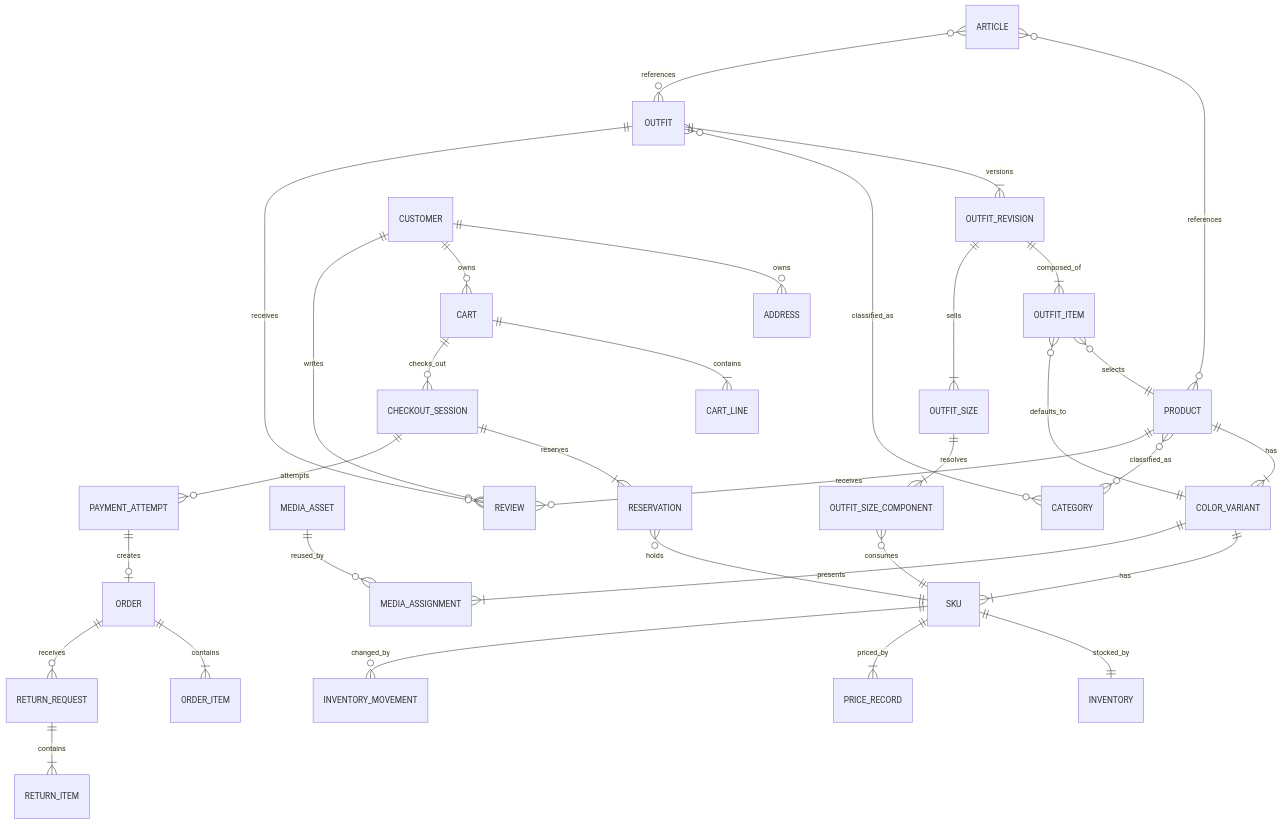
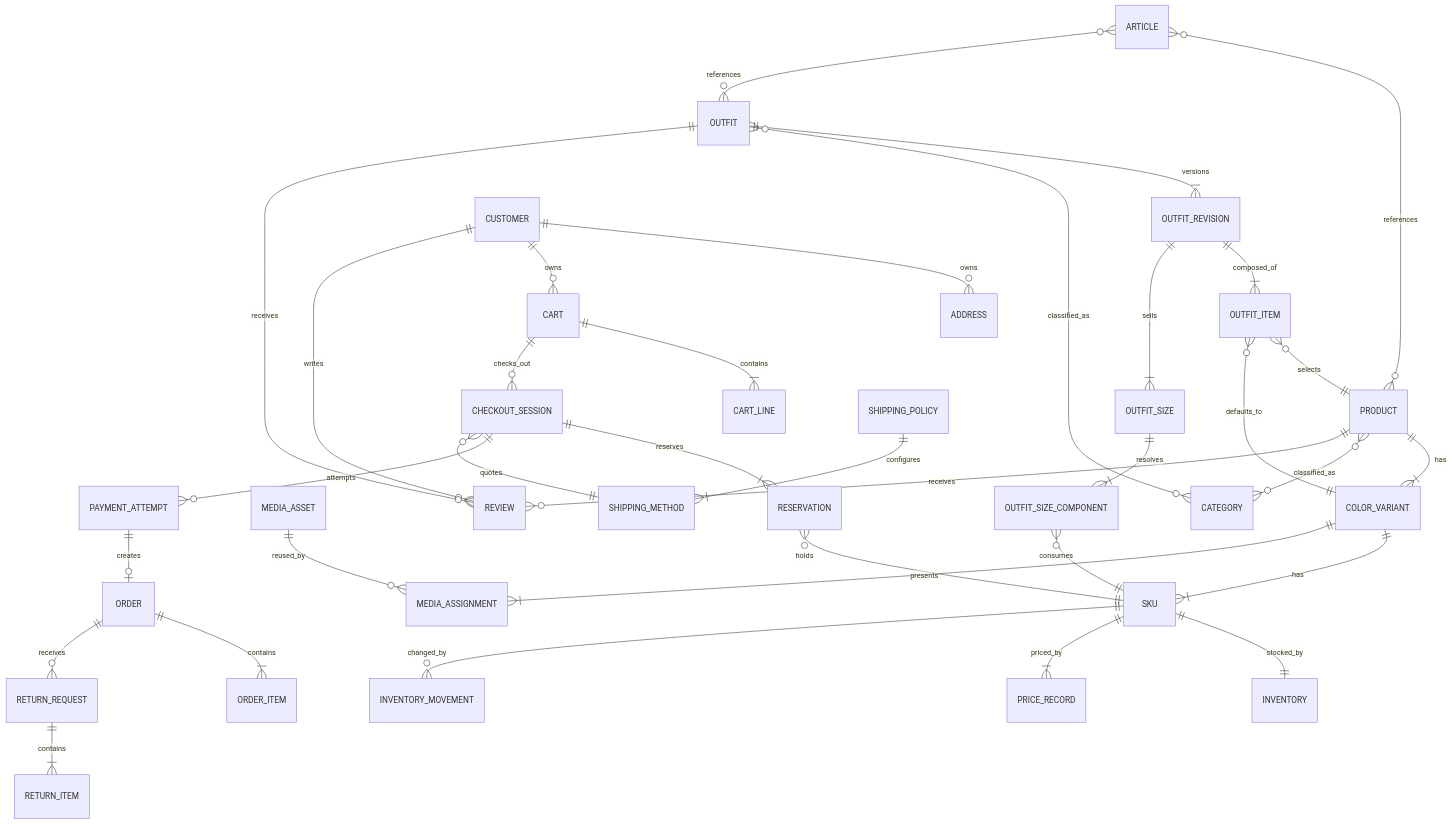
Before and after one commit to HeidarDorr/kele: the diagram in docs/data-model.md, drawn with Mermaid. The commit also changed other lines of this file and 19 other files, not shown here.

````diff
--- a/docs/data-model.md
+++ b/docs/data-model.md
@@ -10,38 +10,40 @@
 ```mermaid
 erDiagram
     PRODUCT ||--|{ COLOR_VARIANT : has
     COLOR_VARIANT ||--|{ SKU : has
     COLOR_VARIANT ||--|{ MEDIA_ASSIGNMENT : presents
     MEDIA_ASSET ||--o{ MEDIA_ASSIGNMENT : reused_by
     PRODUCT }o--o{ CATEGORY : classified_as
     SKU ||--|| INVENTORY : stocked_by
     SKU ||--|{ PRICE_RECORD : priced_by
     SKU ||--o{ INVENTORY_MOVEMENT : changed_by
 
     OUTFIT ||--|{ OUTFIT_REVISION : versions
     OUTFIT_REVISION ||--|{ OUTFIT_ITEM : composed_of
     OUTFIT_ITEM }o--|| PRODUCT : selects
     OUTFIT_ITEM }o--|| COLOR_VARIANT : defaults_to
     OUTFIT_REVISION ||--|{ OUTFIT_SIZE : sells
     OUTFIT_SIZE ||--|{ OUTFIT_SIZE_COMPONENT : resolves
     OUTFIT_SIZE_COMPONENT }o--|| SKU : consumes
     OUTFIT }o--o{ CATEGORY : classified_as
 
     CUSTOMER ||--o{ ADDRESS : owns
     CUSTOMER ||--o{ CART : owns
     CART ||--|{ CART_LINE : contains
     CART ||--o{ CHECKOUT_SESSION : checks_out
     CHECKOUT_SESSION ||--|{ RESERVATION : reserves
     RESERVATION }o--|| SKU : holds
     CHECKOUT_SESSION ||--o{ PAYMENT_ATTEMPT : attempts
+    SHIPPING_POLICY ||--|{ SHIPPING_METHOD : configures
+    CHECKOUT_SESSION }o--|| SHIPPING_METHOD : quotes
     PAYMENT_ATTEMPT ||--o| ORDER : creates
     ORDER ||--|{ ORDER_ITEM : contains
     ORDER ||--o{ RETURN_REQUEST : receives
     RETURN_REQUEST ||--|{ RETURN_ITEM : contains
 
     CUSTOMER ||--o{ REVIEW : writes
     PRODUCT ||--o{ REVIEW : receives
     OUTFIT ||--o{ REVIEW : receives
     ARTICLE }o--o{ PRODUCT : references
     ARTICLE }o--o{ OUTFIT : references
 ```
````
